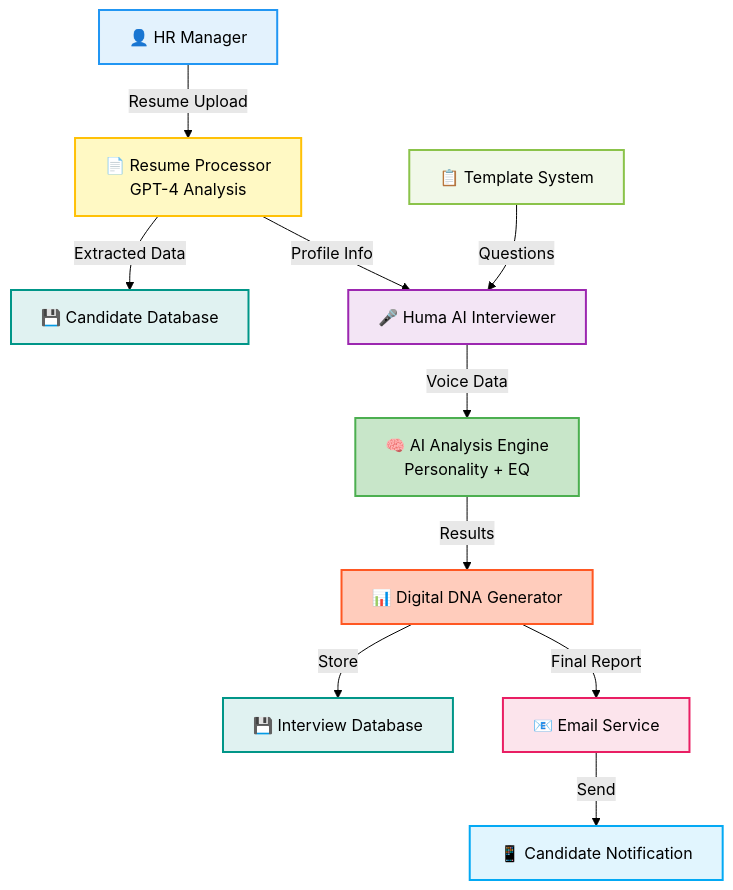
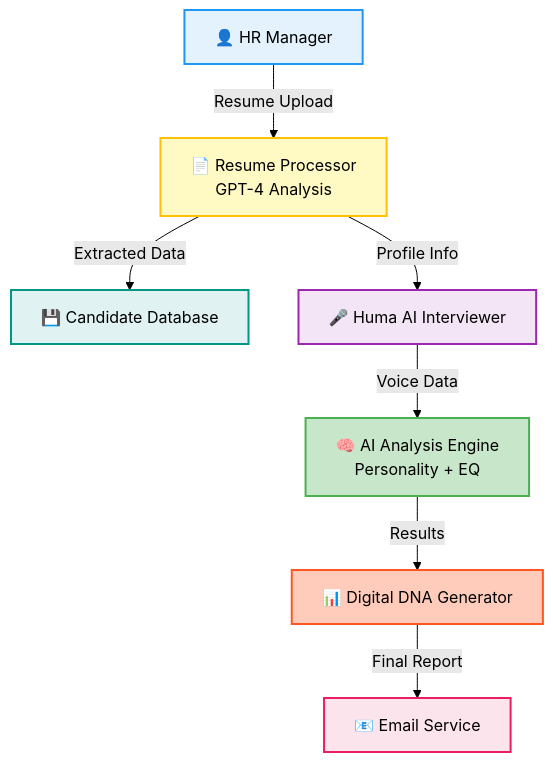
One commit to AbhishekGiri04/HR-GenAI changed the diagram in README.md. Above: the diagram before and after it, drawn with Mermaid (forest theme). The commit also changed other lines of this file, not shown here.

Commit message:
Remove key issues, simplify data flow, remove technical diagrams section

````diff
--- a/README.md
+++ b/README.md
@@ -207,23 +149,17 @@
 ```mermaid
 graph TD
     A[👤 HR Manager] -->|Resume Upload| B[📄 Resume Processor<br/>GPT-4 Analysis]
     B -->|Extracted Data| C[💾 Candidate Database]
     B -->|Profile Info| D[🎤 Huma AI Interviewer]
     D -->|Voice Data| E[🧠 AI Analysis Engine<br/>Personality + EQ]
     E -->|Results| F[📊 Digital DNA Generator]
-    F -->|Store| G[💾 Interview Database]
-    F -->|Final Report| H[📧 Email Service]
-    I[📋 Template System] -->|Questions| D
-    H -->|Send| J[📱 Candidate Notification]
+    F -->|Final Report| G[📧 Email Service]
     
     style A fill:#E3F2FD,stroke:#2196F3,stroke-width:2px,color:#000
     style B fill:#FFF9C4,stroke:#FFC107,stroke-width:2px,color:#000
     style C fill:#E0F2F1,stroke:#009688,stroke-width:2px,color:#000
     style D fill:#F3E5F5,stroke:#9C27B0,stroke-width:2px,color:#000
     style E fill:#C8E6C9,stroke:#4CAF50,stroke-width:2px,color:#000
     style F fill:#FFCCBC,stroke:#FF5722,stroke-width:2px,color:#000
-    style G fill:#E0F2F1,stroke:#009688,stroke-width:2px,color:#000
-    style H fill:#FCE4EC,stroke:#E91E63,stroke-width:2px,color:#000
-    style I fill:#F1F8E9,stroke:#8BC34A,stroke-width:2px,color:#000
-    style J fill:#E1F5FE,stroke:#03A9F4,stroke-width:2px,color:#000
+    style G fill:#FCE4EC,stroke:#E91E63,stroke-width:2px,color:#000
 ```
````
